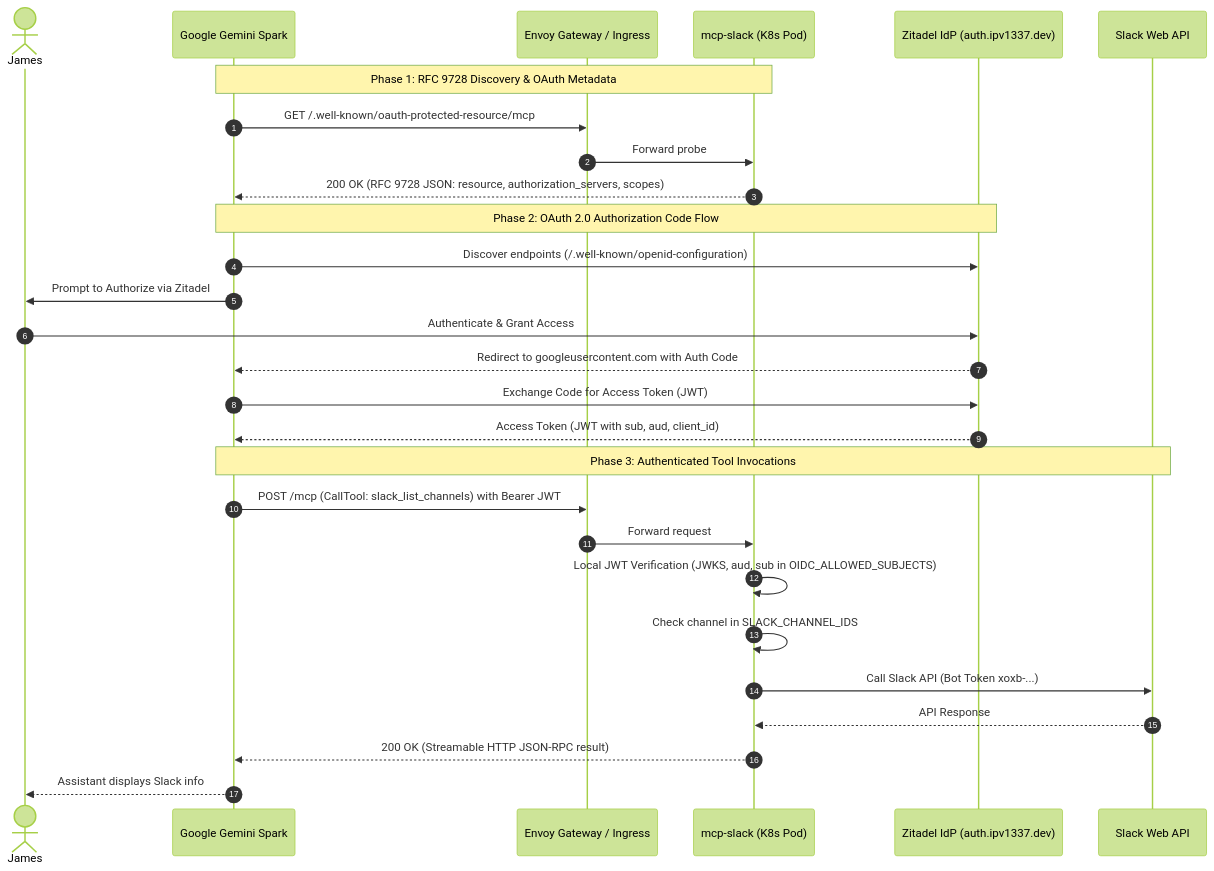
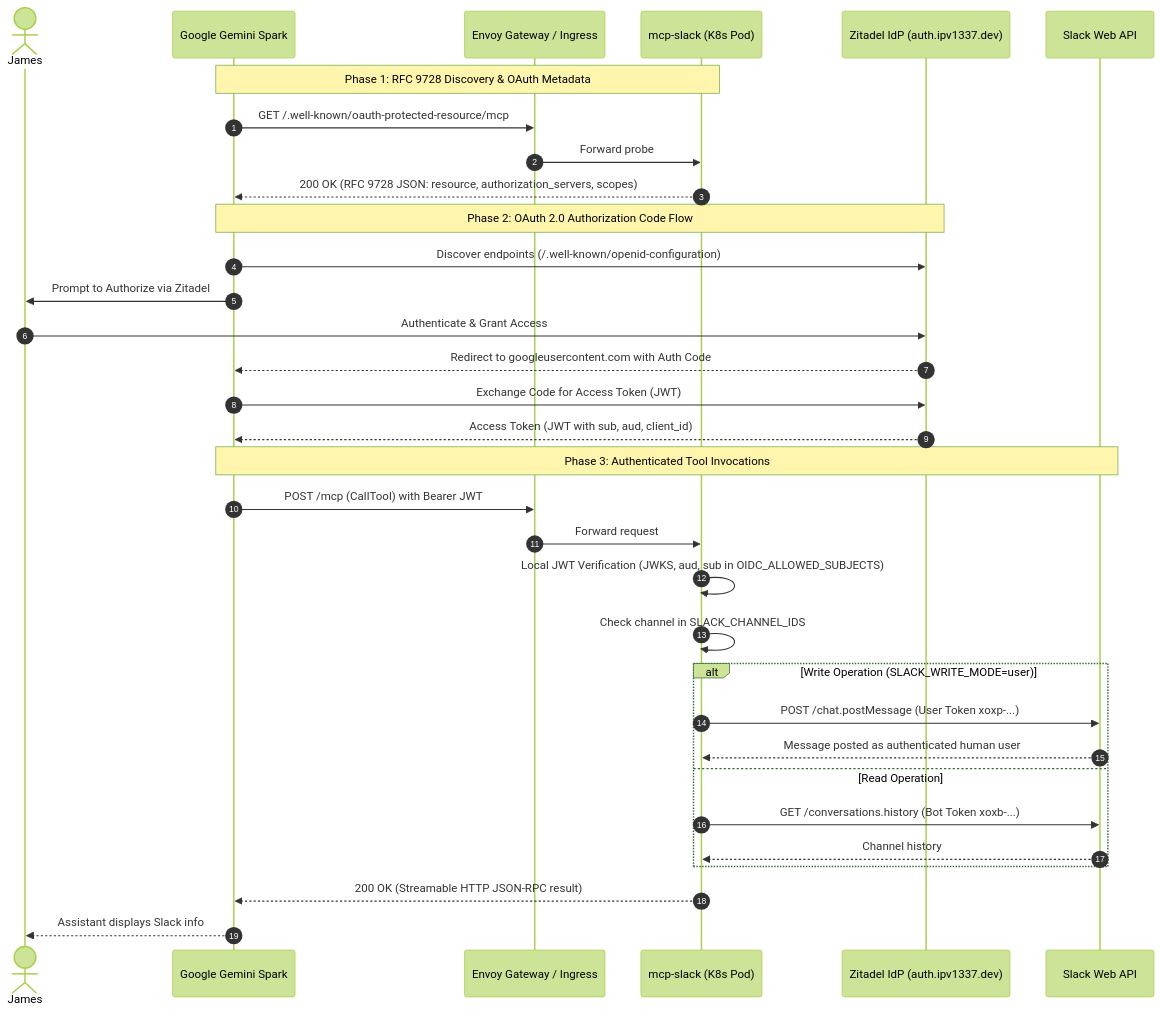
One commit to VitruvianSoftware/vitruvian-core changed the second of 2 diagrams in mcp-slack/README.md. Above: the diagram before and after it, drawn with Mermaid (forest theme). The commit also changed other lines of this file and 8 other files, not shown here.

````diff
--- a/mcp-slack/README.md
+++ b/mcp-slack/README.md
@@ -332,33 +338,38 @@
 ```mermaid
 sequenceDiagram
     autonumber
     actor User as James
     participant Spark as Google Gemini Spark
     participant Envoy as Envoy Gateway / Ingress
     participant Server as mcp-slack (K8s Pod)
     participant Zitadel as Zitadel IdP (auth.ipv1337.dev)
     participant SlackAPI as Slack Web API
 
     Note over Spark,Server: Phase 1: RFC 9728 Discovery & OAuth Metadata
     Spark->>Envoy: GET /.well-known/oauth-protected-resource/mcp
     Envoy->>Server: Forward probe
     Server-->>Spark: 200 OK (RFC 9728 JSON: resource, authorization_servers, scopes)
 
     Note over Spark,Zitadel: Phase 2: OAuth 2.0 Authorization Code Flow
     Spark->>Zitadel: Discover endpoints (/.well-known/openid-configuration)
     Spark->>User: Prompt to Authorize via Zitadel
     User->>Zitadel: Authenticate & Grant Access
     Zitadel-->>Spark: Redirect to googleusercontent.com with Auth Code
     Spark->>Zitadel: Exchange Code for Access Token (JWT)
     Zitadel-->>Spark: Access Token (JWT with sub, aud, client_id)
 
     Note over Spark,SlackAPI: Phase 3: Authenticated Tool Invocations
-    Spark->>Envoy: POST /mcp (CallTool: slack_list_channels) with Bearer JWT
+    Spark->>Envoy: POST /mcp (CallTool) with Bearer JWT
     Envoy->>Server: Forward request
     Server->>Server: Local JWT Verification (JWKS, aud, sub in OIDC_ALLOWED_SUBJECTS)
     Server->>Server: Check channel in SLACK_CHANNEL_IDS
-    Server->>SlackAPI: Call Slack API (Bot Token xoxb-...)
-    SlackAPI-->>Server: API Response
+    alt Write Operation (SLACK_WRITE_MODE=user)
+        Server->>SlackAPI: POST /chat.postMessage (User Token xoxp-...)
+        SlackAPI-->>Server: Message posted as authenticated human user
+    else Read Operation
+        Server->>SlackAPI: GET /conversations.history (Bot Token xoxb-...)
+        SlackAPI-->>Server: Channel history
+    end
     Server-->>Spark: 200 OK (Streamable HTTP JSON-RPC result)
     Spark-->>User: Assistant displays Slack info
 ```
````
